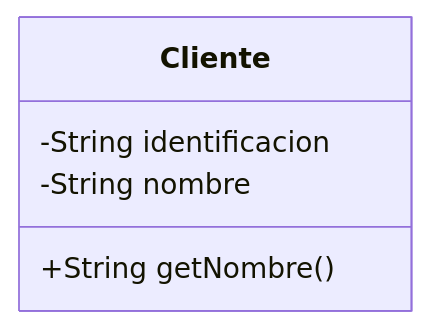
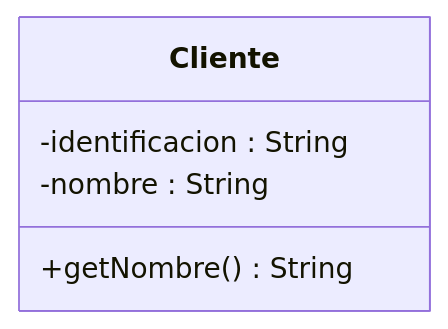
Before and after one commit to santiagoSuarez219/nodo-edu: the first of 3 diagrams in content/cursos/estructuras-de-datos/introduccion-al-uml.mdx, drawn with Mermaid. The commit also changed other lines of this file, not shown here.

First line of the commit message:
fix(estructuras-de-datos): unify UML notation in introduccion-al-uml

````diff
--- a/content/cursos/estructuras-de-datos/introduccion-al-uml.mdx
+++ b/content/cursos/estructuras-de-datos/introduccion-al-uml.mdx
@@ -45,8 +45,8 @@
 ```mermaid
 classDiagram
   class Cliente {
-    -String identificacion
-    -String nombre
-    +String getNombre()
+    -identificacion : String
+    -nombre : String
+    +getNombre() String
   }
 ```
````
